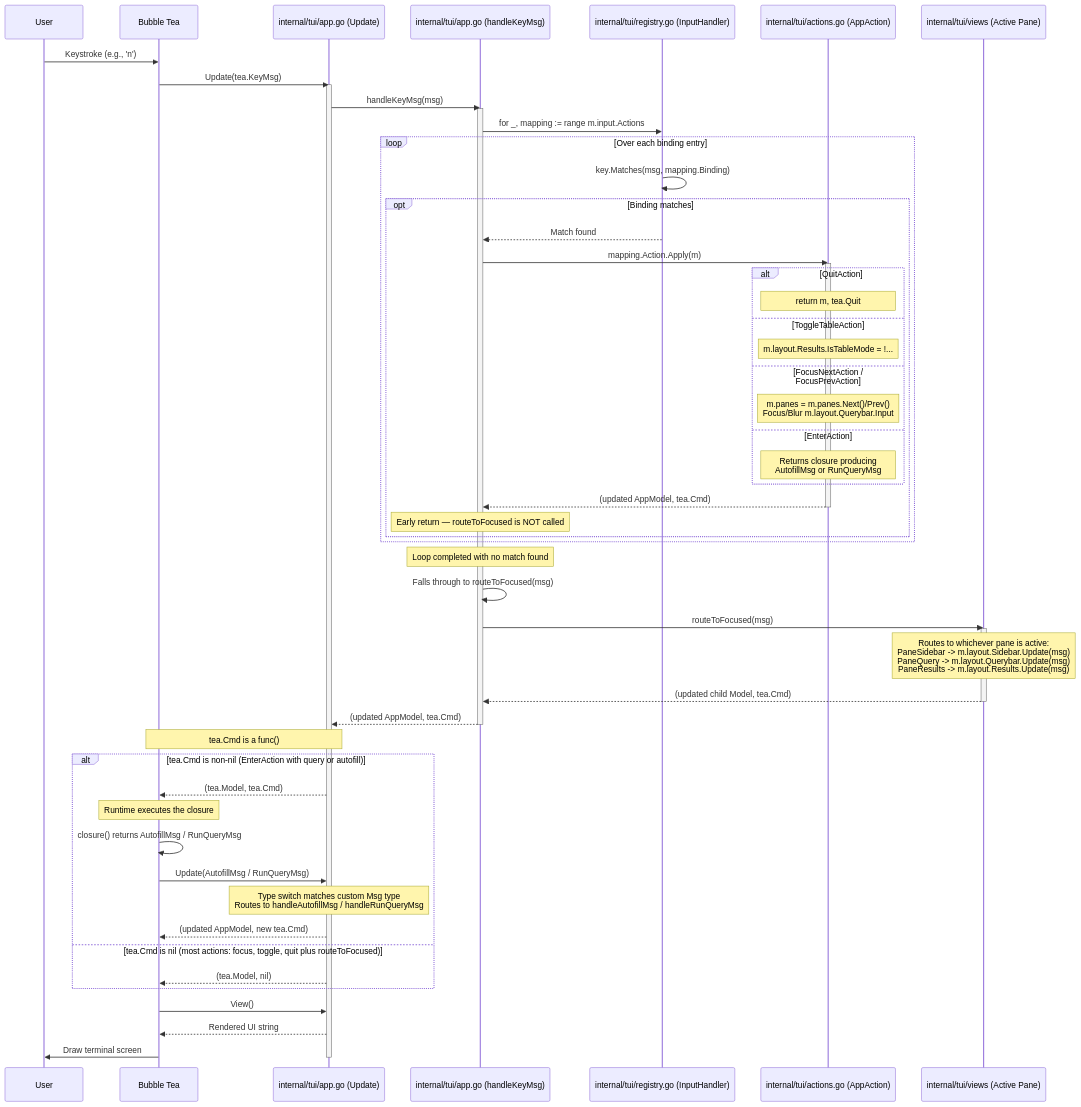
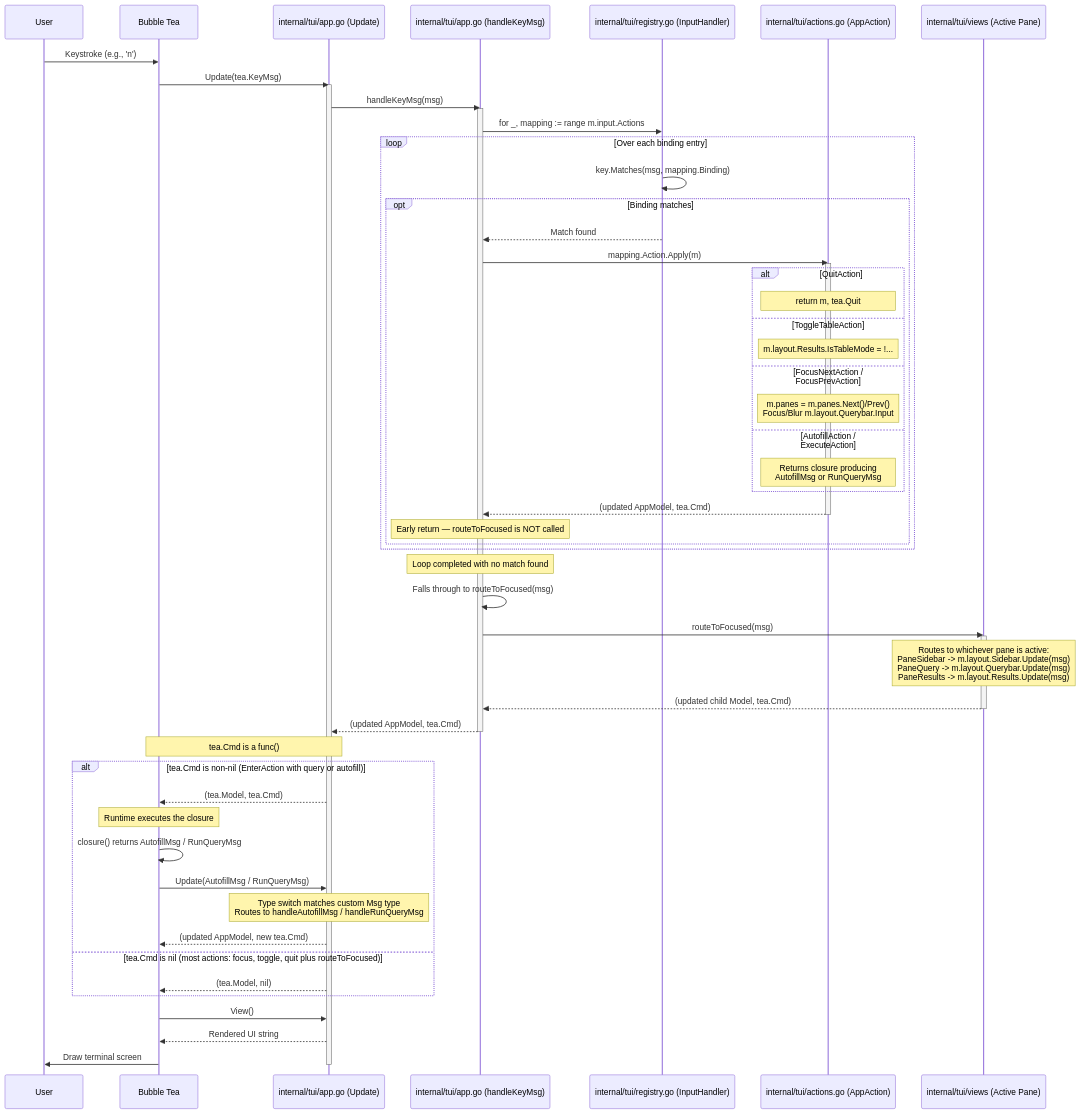
One commit to ajitm722/LazyOS changed the third of 5 diagrams in docs/sequence_flows.md. Above: the diagram before and after it, drawn with Mermaid. The commit also changed other lines of this file and 14 other files, not shown here.

````diff
--- a/docs/sequence_flows.md
+++ b/docs/sequence_flows.md
@@ -216,70 +216,70 @@
 ```mermaid
 sequenceDiagram
     participant User as User
     participant Runtime as Bubble Tea
     participant Model as internal/tui/app.go (Update)
     participant Handler as internal/tui/app.go (handleKeyMsg)
     participant Reg as internal/tui/registry.go (InputHandler)
     participant Action as internal/tui/actions.go (AppAction)
     participant Child as internal/tui/views (Active Pane)
 
     User->>Runtime: Keystroke (e.g., 'n')
     Runtime->>Model: Update(tea.KeyMsg)
 
     activate Model
     Model->>Handler: handleKeyMsg(msg)
 
     activate Handler
     Handler->>Reg: for _, mapping := range m.input.Actions
 
     loop Over each binding entry
         Reg->>Reg: key.Matches(msg, mapping.Binding)
         opt Binding matches
             Reg-->>Handler: Match found
             Handler->>Action: mapping.Action.Apply(m)
             activate Action
             alt QuitAction
                 Note over Action: return m, tea.Quit
             else ToggleTableAction
                 Note over Action: m.layout.Results.IsTableMode = !...
             else FocusNextAction / FocusPrevAction
                 Note over Action: m.panes = m.panes.Next()/Prev()<br/>Focus/Blur m.layout.Querybar.Input
-            else EnterAction
+            else AutofillAction / ExecuteAction
                 Note over Action: Returns closure producing<br/>AutofillMsg or RunQueryMsg
             end
             Action-->>Handler: (updated AppModel, tea.Cmd)
             deactivate Action
             Note over Handler: Early return — routeToFocused is NOT called
         end
     end
 
     Note over Handler: Loop completed with no match found
     Handler->>Handler: Falls through to routeToFocused(msg)
 
     Handler->>Child: routeToFocused(msg)
     activate Child
     Note over Child: Routes to whichever pane is active:<br/>PaneSidebar -> m.layout.Sidebar.Update(msg)<br/>PaneQuery -> m.layout.Querybar.Update(msg)<br/>PaneResults -> m.layout.Results.Update(msg)
     Child-->>Handler: (updated child Model, tea.Cmd)
     deactivate Child
 
     Handler-->>Model: (updated AppModel, tea.Cmd)
     deactivate Handler
 
     Note over Model, Runtime: tea.Cmd is a func()
 
     alt tea.Cmd is non-nil (EnterAction with query or autofill)
         Model-->>Runtime: (tea.Model, tea.Cmd)
         Note over Runtime: Runtime executes the closure
         Runtime->>Runtime: closure() returns AutofillMsg / RunQueryMsg
         Runtime->>Model: Update(AutofillMsg / RunQueryMsg)
         Note over Model: Type switch matches custom Msg type<br/>Routes to handleAutofillMsg / handleRunQueryMsg
         Model-->>Runtime: (updated AppModel, new tea.Cmd)
     else tea.Cmd is nil (most actions: focus, toggle, quit plus routeToFocused)
         Model-->>Runtime: (tea.Model, nil)
     end
 
     Runtime->>Model: View()
     Model-->>Runtime: Rendered UI string
     Runtime->>User: Draw terminal screen
     deactivate Model
 ```
````
